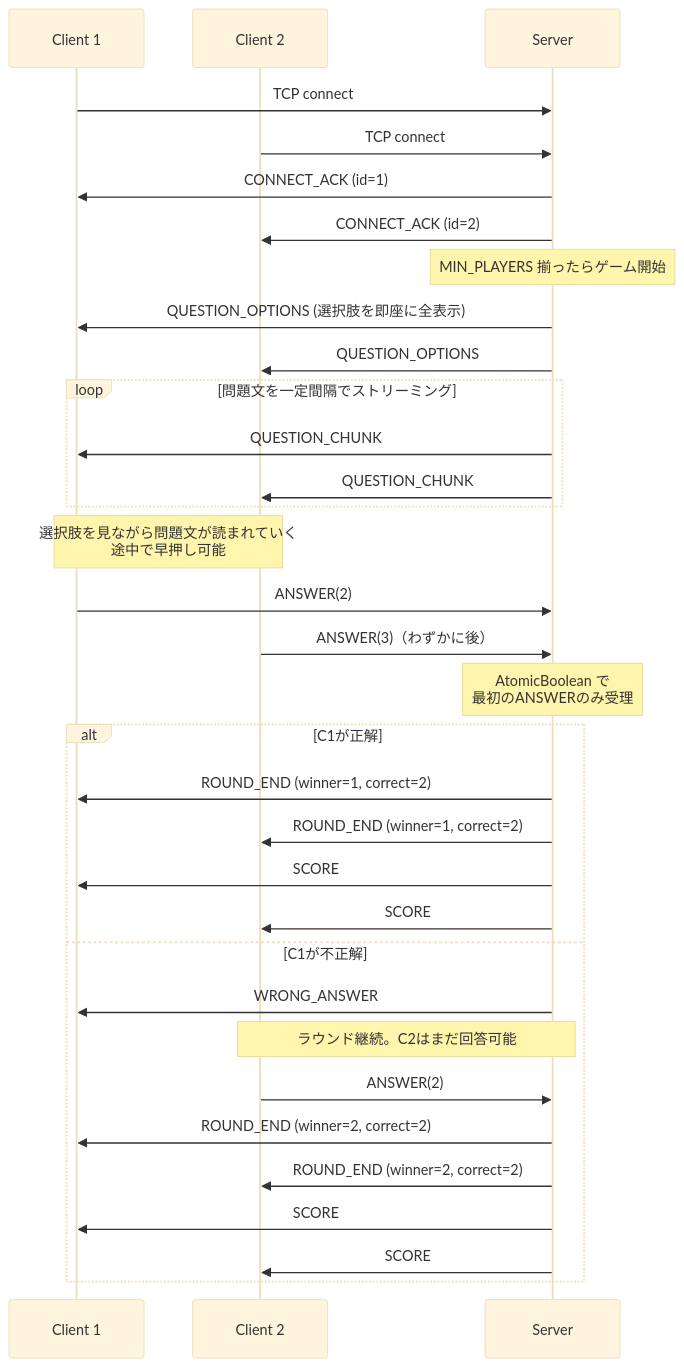
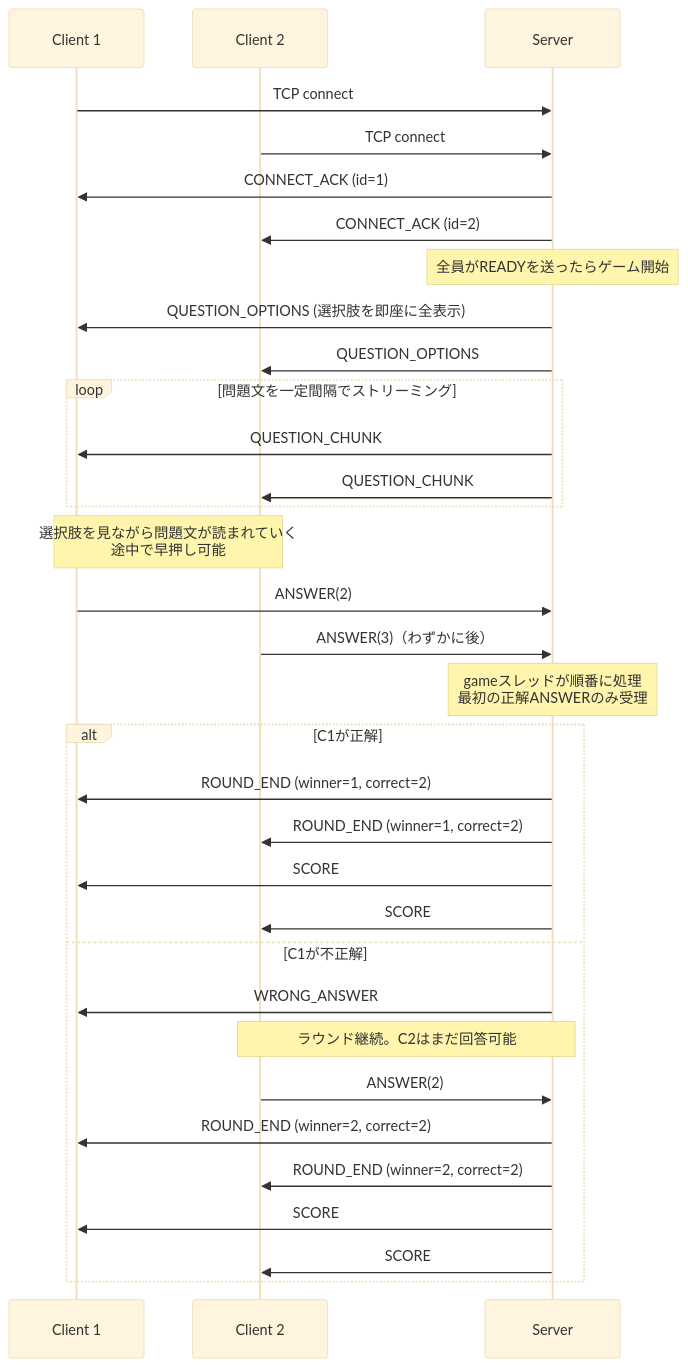
Before and after one commit to tsukuneA1/exp-b-socket-quiz: the second of 2 diagrams in docs/design/2026-05-03-communication-sync.md, drawn with Mermaid (base theme). The commit also changed other lines of this file and 1 other file, not shown here.

````diff
--- a/docs/design/2026-05-03-communication-sync.md
+++ b/docs/design/2026-05-03-communication-sync.md
@@ -94,43 +97,43 @@
 ```mermaid
 sequenceDiagram
     participant C1 as Client 1
     participant C2 as Client 2
     participant S as Server
 
     C1->>S: TCP connect
     C2->>S: TCP connect
     S->>C1: CONNECT_ACK (id=1)
     S->>C2: CONNECT_ACK (id=2)
 
-    Note over S: MIN_PLAYERS 揃ったらゲーム開始
+    Note over S: 全員がREADYを送ったらゲーム開始
 
     S->>C1: QUESTION_OPTIONS (選択肢を即座に全表示)
     S->>C2: QUESTION_OPTIONS
 
     loop 問題文を一定間隔でストリーミング
         S->>C1: QUESTION_CHUNK
         S->>C2: QUESTION_CHUNK
     end
 
     Note over C1,C2: 選択肢を見ながら問題文が読まれていく<br/>途中で早押し可能
 
     C1->>S: ANSWER(2)
     C2->>S: ANSWER(3)（わずかに後）
 
-    Note over S: AtomicBoolean で<br/>最初のANSWERのみ受理
+    Note over S: gameスレッドが順番に処理<br/>最初の正解ANSWERのみ受理
 
     alt C1が正解
         S->>C1: ROUND_END (winner=1, correct=2)
         S->>C2: ROUND_END (winner=1, correct=2)
         S->>C1: SCORE
         S->>C2: SCORE
     else C1が不正解
         S->>C1: WRONG_ANSWER
         Note over S,C2: ラウンド継続。C2はまだ回答可能
         C2->>S: ANSWER(2)
         S->>C1: ROUND_END (winner=2, correct=2)
         S->>C2: ROUND_END (winner=2, correct=2)
         S->>C1: SCORE
         S->>C2: SCORE
     end
 ```
````
